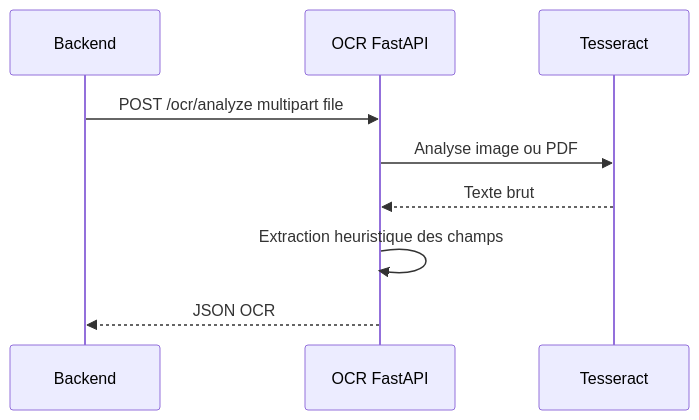
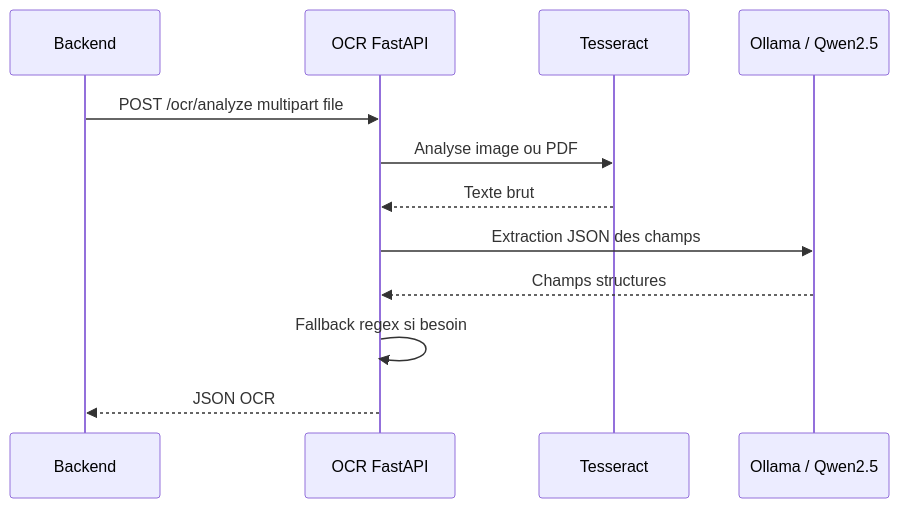
Before and after one commit to fil-rouge-docomptia/docomptia: the diagram in docs/ocr.md, drawn with Mermaid. The commit also changed other lines of this file and 16 other files, not shown here.

````diff
--- a/docs/ocr.md
+++ b/docs/ocr.md
@@ -9,12 +9,15 @@
 ```mermaid
 sequenceDiagram
     participant B as Backend
     participant O as OCR FastAPI
     participant T as Tesseract
+    participant L as Ollama / Qwen2.5
 
     B->>O: POST /ocr/analyze multipart file
     O->>T: Analyse image ou PDF
     T-->>O: Texte brut
-    O->>O: Extraction heuristique des champs
+    O->>L: Extraction JSON des champs
+    L-->>O: Champs structures
+    O->>O: Fallback regex si besoin
     O-->>B: JSON OCR
 ```
````
